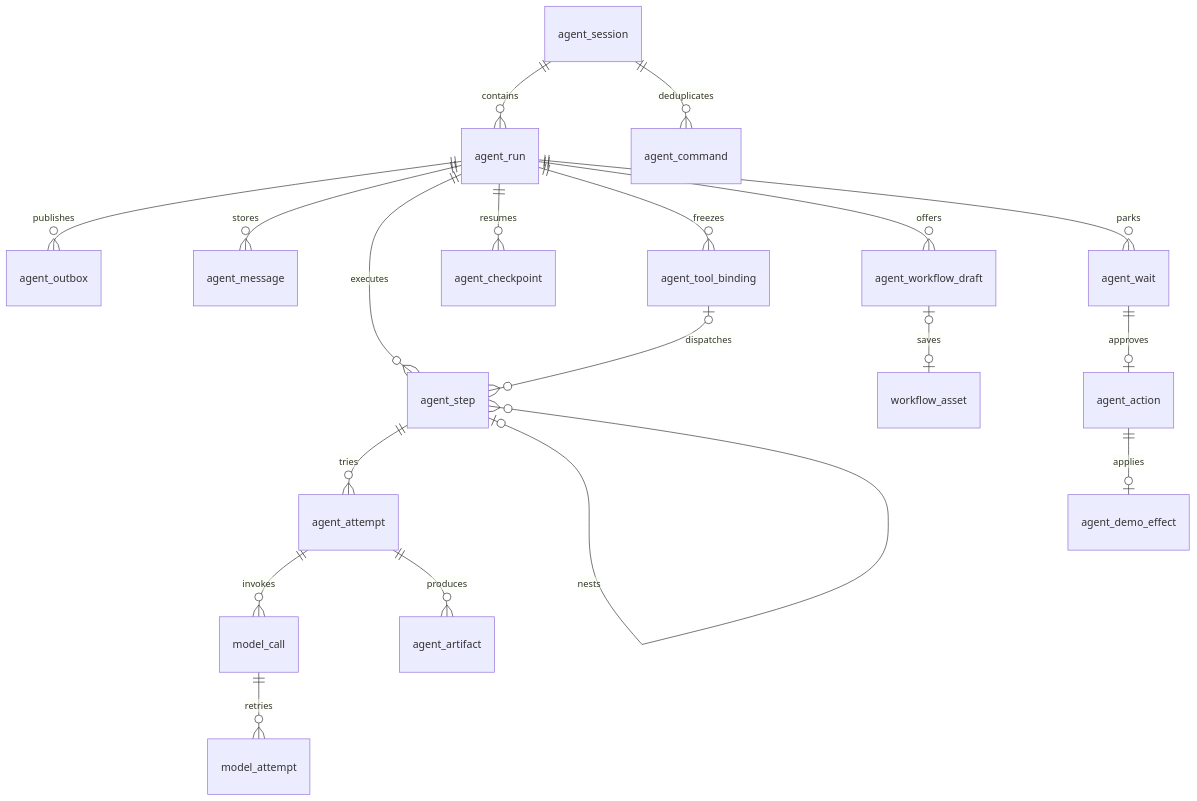
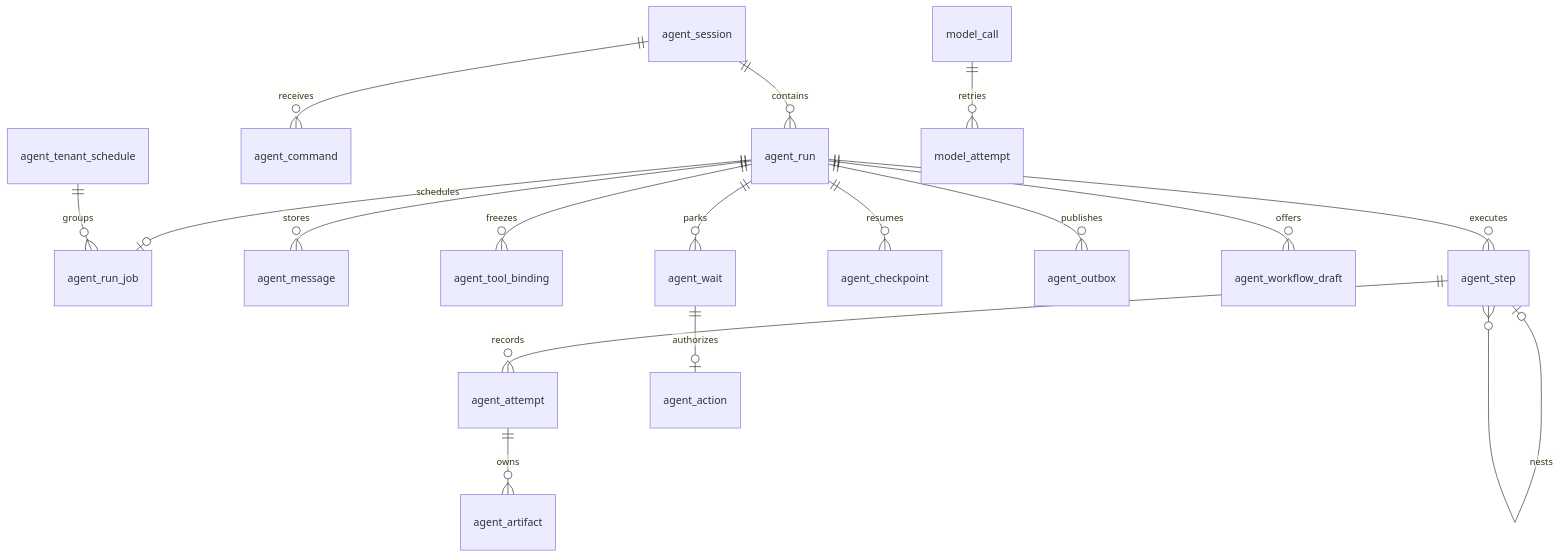
One commit to RuiLu007/compass changed the second of 2 diagrams in mai-specs/985-lesson-19-durable-runtime-hitl/design/TECH_DESIGN.md. Above: the diagram before and after it, drawn with Mermaid. The commit also changed other lines of this file and 204 other files, not shown here.

````diff
--- a/mai-specs/985-lesson-19-durable-runtime-hitl/design/TECH_DESIGN.md
+++ b/mai-specs/985-lesson-19-durable-runtime-hitl/design/TECH_DESIGN.md
@@ -65,21 +44,19 @@
-```mermaid
+```mermaid 核心持久化关系
 erDiagram
     agent_session ||--o{ agent_run : contains
+    agent_session ||--o{ agent_command : receives
+    agent_run ||--o| agent_run_job : schedules
+    agent_tenant_schedule ||--o{ agent_run_job : groups
+    agent_run ||--o{ agent_message : stores
+    agent_run ||--o{ agent_tool_binding : freezes
+    agent_run ||--o{ agent_step : executes
+    agent_step o|--o{ agent_step : nests
+    agent_step ||--o{ agent_attempt : records
+    agent_run ||--o{ agent_checkpoint : resumes
     agent_run ||--o{ agent_outbox : publishes
-    agent_session ||--o{ agent_command : deduplicates
-    agent_run ||--o{ agent_message : stores
-    agent_run ||--o{ agent_step : executes
-    agent_step ||--o{ agent_attempt : tries
-    agent_step o|--o{ agent_step : nests
-    agent_run ||--o{ agent_checkpoint : resumes
-    agent_run ||--o{ agent_tool_binding : freezes
-    agent_tool_binding o|--o{ agent_step : dispatches
-    agent_attempt ||--o{ model_call : invokes
     model_call ||--o{ model_attempt : retries
-    agent_attempt ||--o{ agent_artifact : produces
+    agent_attempt ||--o{ agent_artifact : owns
     agent_run ||--o{ agent_workflow_draft : offers
-    agent_workflow_draft o|--o| workflow_asset : saves
     agent_run ||--o{ agent_wait : parks
-    agent_wait ||--o| agent_action : approves
-    agent_action ||--o| agent_demo_effect : applies
+    agent_wait ||--o| agent_action : authorizes
 ```
````
